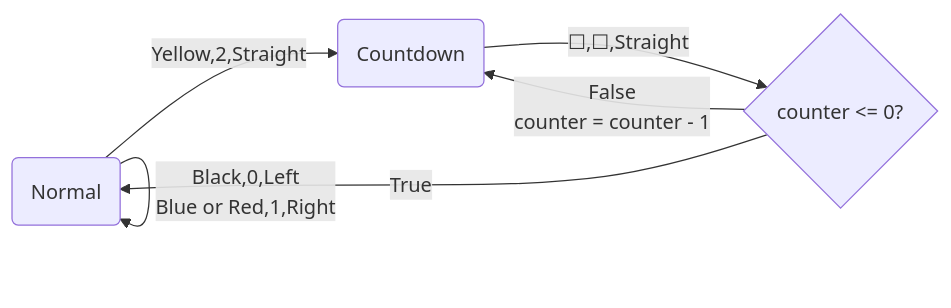
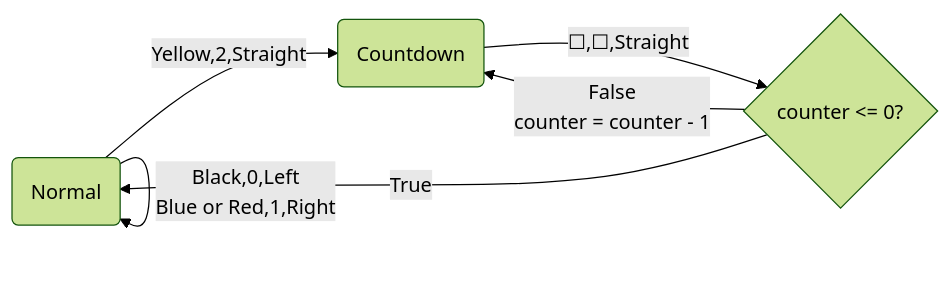
One commit to ben-my-to/portme changed the diagram in content/posts/larks-ant-project.md. Above: the diagram before and after it, drawn with Mermaid. The commit also changed other lines of this file and 23 other files, not shown here.

Commit message:
updated cyclic distribution with mermaid diagram

````diff
--- a/content/posts/larks-ant-project.md
+++ b/content/posts/larks-ant-project.md
@@ -213,8 +213,9 @@
 ```mermaid
+%%{init: { "theme": "forest"} }%%
 flowchart LR
     A(Normal) -->|Yellow,2,Straight| B(Countdown)
     A --> |Black,0,Left<br>Blue or Red,1,Right| A
     B --> |☐,☐,Straight| C{counter <= 0?}
     C -->|False<br>counter = counter - 1| B
     C -->|True| A
 ```
````
